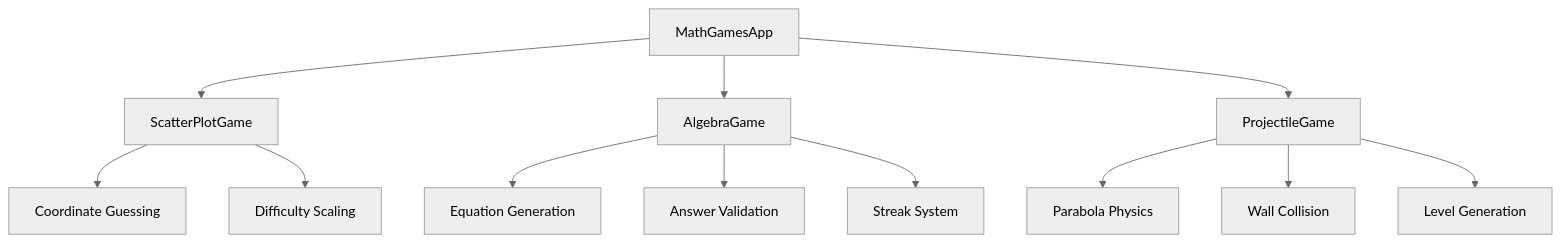
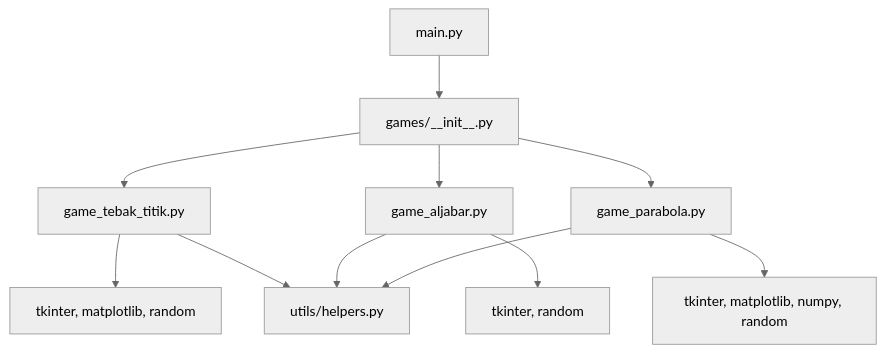
Before and after one commit to Chrisimana/tiga-game-matematika: the fifth of 5 diagrams in README.md, drawn with Mermaid (neutral theme). The commit also changed other lines of this file and 14 other files, not shown here.

````diff
--- a/README.md
+++ b/README.md
@@ -168,17 +342,15 @@
 ```mermaid
 graph TD
-    A[MathGamesApp] --> B[ScatterPlotGame]
-    A --> C[AlgebraGame]
-    A --> D[ProjectileGame]
+    A[main.py] --> B[games/__init__.py]
+    B --> C[game_tebak_titik.py]
+    B --> D[game_aljabar.py]
+    B --> E[game_parabola.py]
     
-    B --> E[Coordinate Guessing]
-    B --> F[Difficulty Scaling]
+    C --> F[tkinter, matplotlib, random]
+    D --> G[tkinter, random]
+    E --> H[tkinter, matplotlib, numpy, random]
     
-    C --> G[Equation Generation]
-    C --> H[Answer Validation]
-    C --> I[Streak System]
-    
-    D --> J[Parabola Physics]
-    D --> K[Wall Collision]
-    D --> L[Level Generation]
+    C --> I[utils/helpers.py]
+    D --> I
+    E --> I
 ```
````
